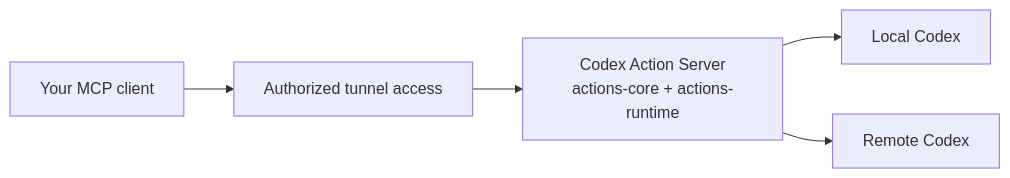
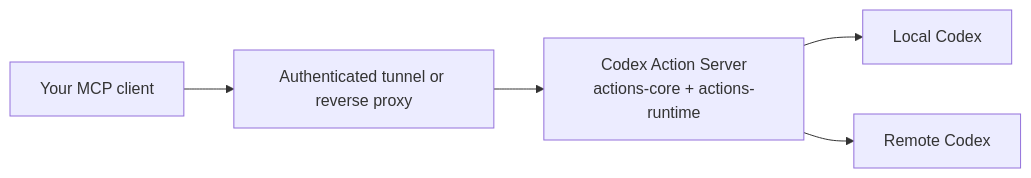
One commit to joshyorko/codex-action-server changed the diagram in README.md. Above: the diagram before and after it, drawn with Mermaid. The commit also changed other lines of this file and 3 other files, not shown here.

````diff
--- a/README.md
+++ b/README.md
@@ -37,7 +37,7 @@
 ```mermaid
 flowchart LR
-    Client["Your MCP client"] --> Access["Authorized tunnel access"]
+    Client["Your MCP client"] --> Access["Authenticated tunnel or reverse proxy"]
     Access --> Server["Codex Action Server<br/>actions-core + actions-runtime"]
     Server --> Local["Local Codex"]
     Server --> Remote["Remote Codex"]
 ```
````
